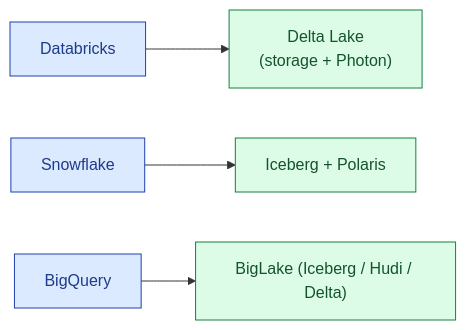
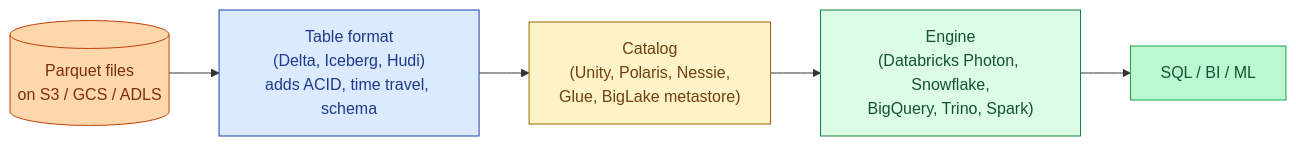
One commit to shiningflash/shiningflash.github.io changed the first of 3 diagrams in _de_concepts/072-lakehouse-engines.md. Above: the diagram before and after it, drawn with Mermaid. The commit also changed other lines of this file and 69 other files, not shown here.

````diff
--- a/_de_concepts/072-lakehouse-engines.md
+++ b/_de_concepts/072-lakehouse-engines.md
@@ -19,9 +16,14 @@
 ```mermaid
 flowchart LR
-    DB["Databricks"]:::a --> DL["Delta Lake<br/>(storage + Photon)"]:::g
-    SF["Snowflake"]:::a --> SI["Iceberg + Polaris"]:::g
-    BQ["BigQuery"]:::a --> BL["BigLake (Iceberg / Hudi / Delta)"]:::g
+    Files[("Parquet files<br/>on S3 / GCS / ADLS")]:::s
+    Files --> TF["Table format<br/>(Delta, Iceberg, Hudi)<br/>adds ACID, time travel, schema"]:::a
+    TF --> Cat["Catalog<br/>(Unity, Polaris, Nessie,<br/>Glue, BigLake metastore)"]:::b
+    Cat --> Eng["Engine<br/>(Databricks Photon, Snowflake,<br/>BigQuery, Trino, Spark)"]:::g
+    Eng --> Q["SQL / BI / ML"]:::y
 
+    classDef s fill:#fed7aa,stroke:#c2410c,color:#7c2d12
     classDef a fill:#dbeafe,stroke:#1e40af,color:#1e3a8a
+    classDef b fill:#fef3c7,stroke:#a16207,color:#713f12
     classDef g fill:#dcfce7,stroke:#15803d,color:#14532d
+    classDef y fill:#bbf7d0,stroke:#16a34a,color:#14532d
 ```
````
